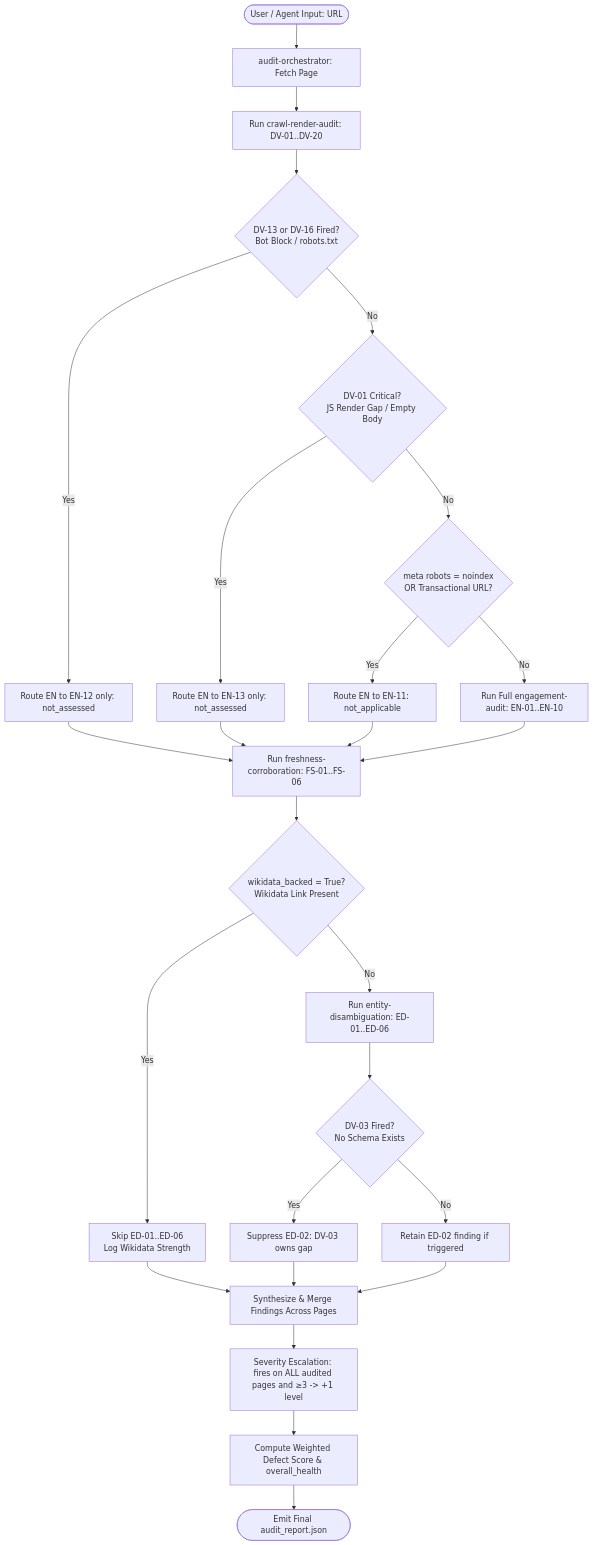
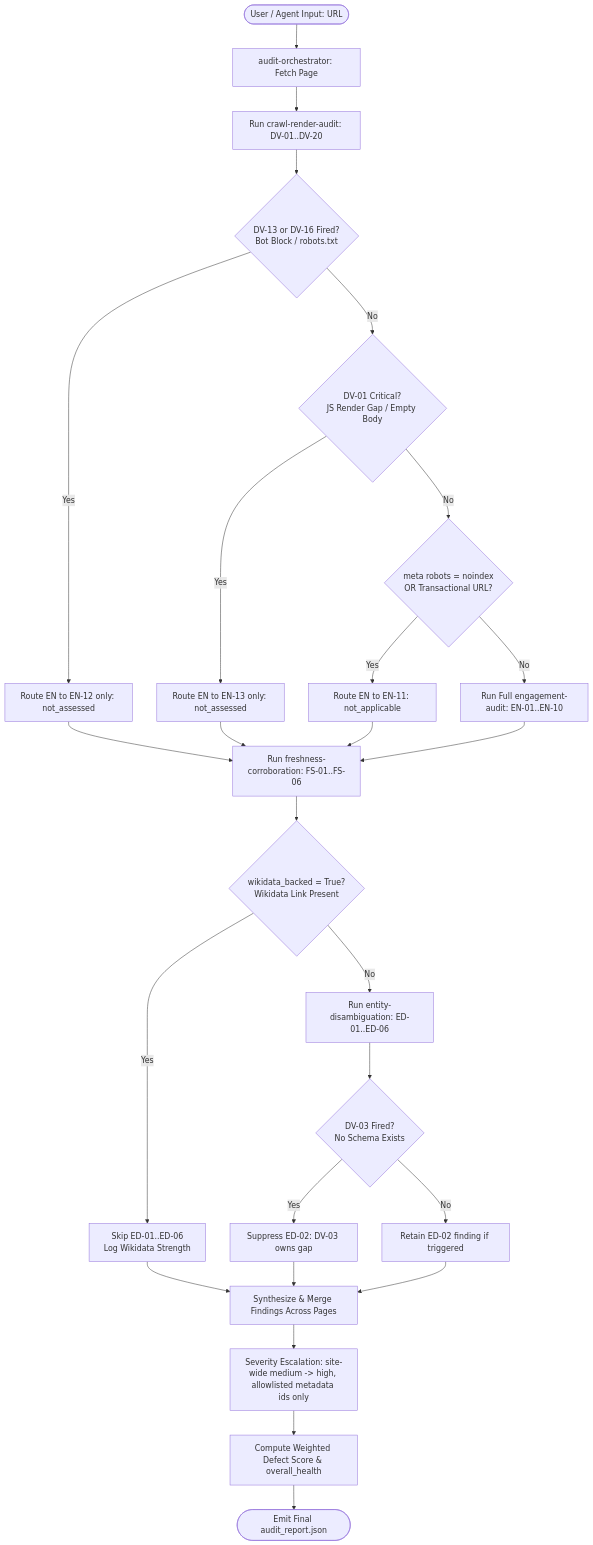
One commit to adityagudipati05/adobe-round-3 changed the diagram in brand-ai-readiness-audit/README.md. Above: the diagram before and after it, drawn with Mermaid. The commit also changed other lines of this file and 15 other files, not shown here.

````diff
--- a/brand-ai-readiness-audit/README.md
+++ b/brand-ai-readiness-audit/README.md
@@ -161,36 +161,36 @@
 ```mermaid
 flowchart TD
     Start([User / Agent Input: URL]) --> Fetch[audit-orchestrator: Fetch Page]
     Fetch --> DV[Run crawl-render-audit: DV-01..DV-20]
     
     DV --> Gate1{DV-13 or DV-16 Fired?<br/>Bot Block / robots.txt}
     Gate1 -- Yes --> RouteEN12[Route EN to EN-12 only: not_assessed]
     Gate1 -- No --> Gate2{DV-01 Critical?<br/>JS Render Gap / Empty Body}
     
     Gate2 -- Yes --> RouteEN13[Route EN to EN-13 only: not_assessed]
     Gate2 -- No --> Gate3{meta robots = noindex<br/>OR Transactional URL?}
     
     Gate3 -- Yes --> RouteEN11[Route EN to EN-11: not_applicable]
     Gate3 -- No --> RunEN[Run Full engagement-audit: EN-01..EN-10]
     
     RouteEN12 --> FS[Run freshness-corroboration: FS-01..FS-06]
     RouteEN13 --> FS
     RouteEN11 --> FS
     RunEN --> FS
     
     FS --> Gate4{wikidata_backed = True?<br/>Wikidata Link Present}
     Gate4 -- Yes --> SkipED[Skip ED-01..ED-06<br/>Log Wikidata Strength]
     Gate4 -- No --> RunED[Run entity-disambiguation: ED-01..ED-06]
     
     RunED --> ED02Check{DV-03 Fired?<br/>No Schema Exists}
     ED02Check -- Yes --> SuppressED02[Suppress ED-02: DV-03 owns gap]
     ED02Check -- No --> KeepED02[Retain ED-02 finding if triggered]
     
     SkipED --> Synth[Synthesize & Merge Findings Across Pages]
     SuppressED02 --> Synth
     KeepED02 --> Synth
     
-    Synth --> Escalation[Severity Escalation: fires on ALL audited pages and ≥3 -> +1 level]
+    Synth --> Escalation[Severity Escalation: site-wide medium -> high, allowlisted metadata ids only]
     Escalation --> Score[Compute Weighted Defect Score & overall_health]
     Score --> Output([Emit Final audit_report.json])
 ```
````
